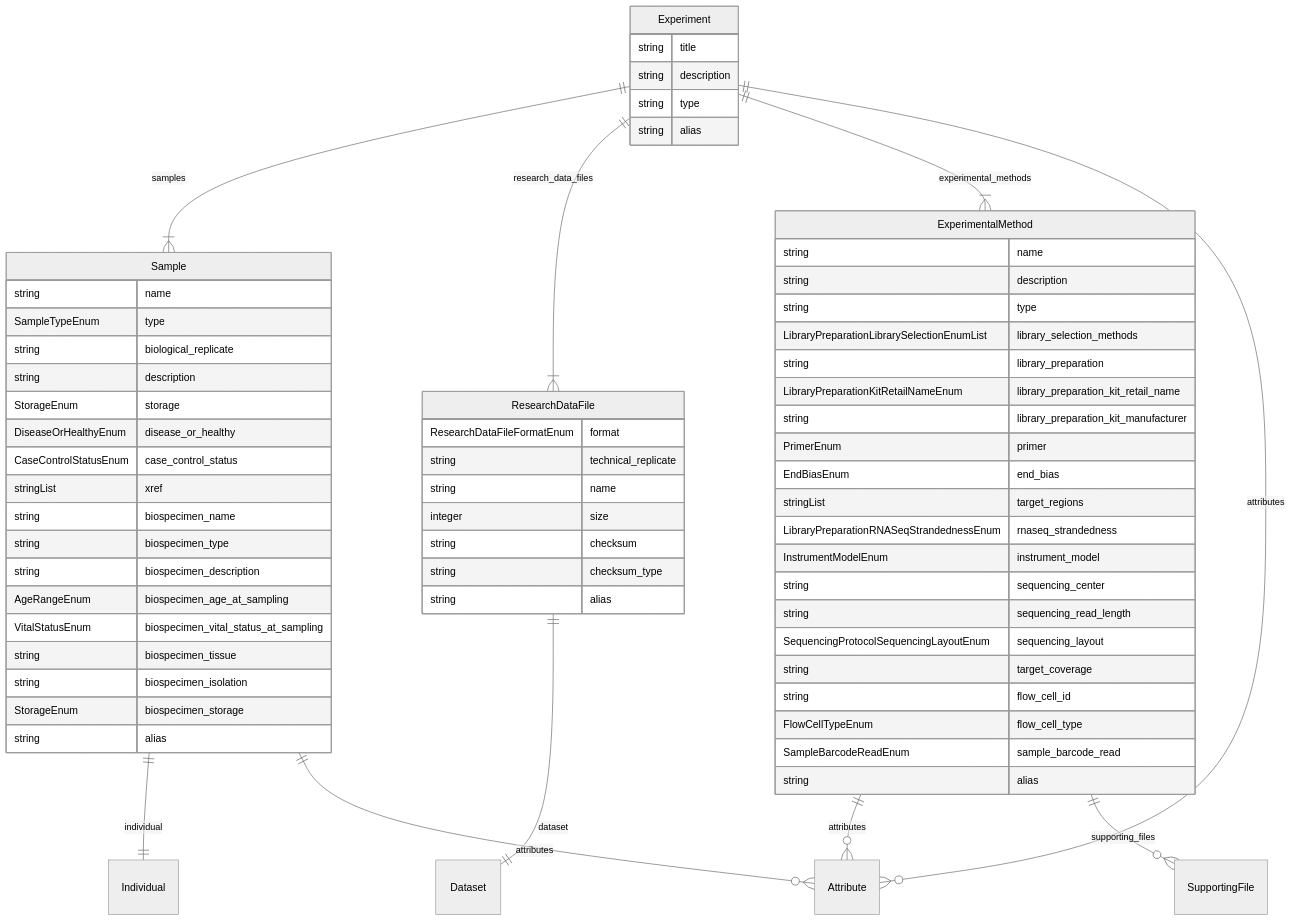
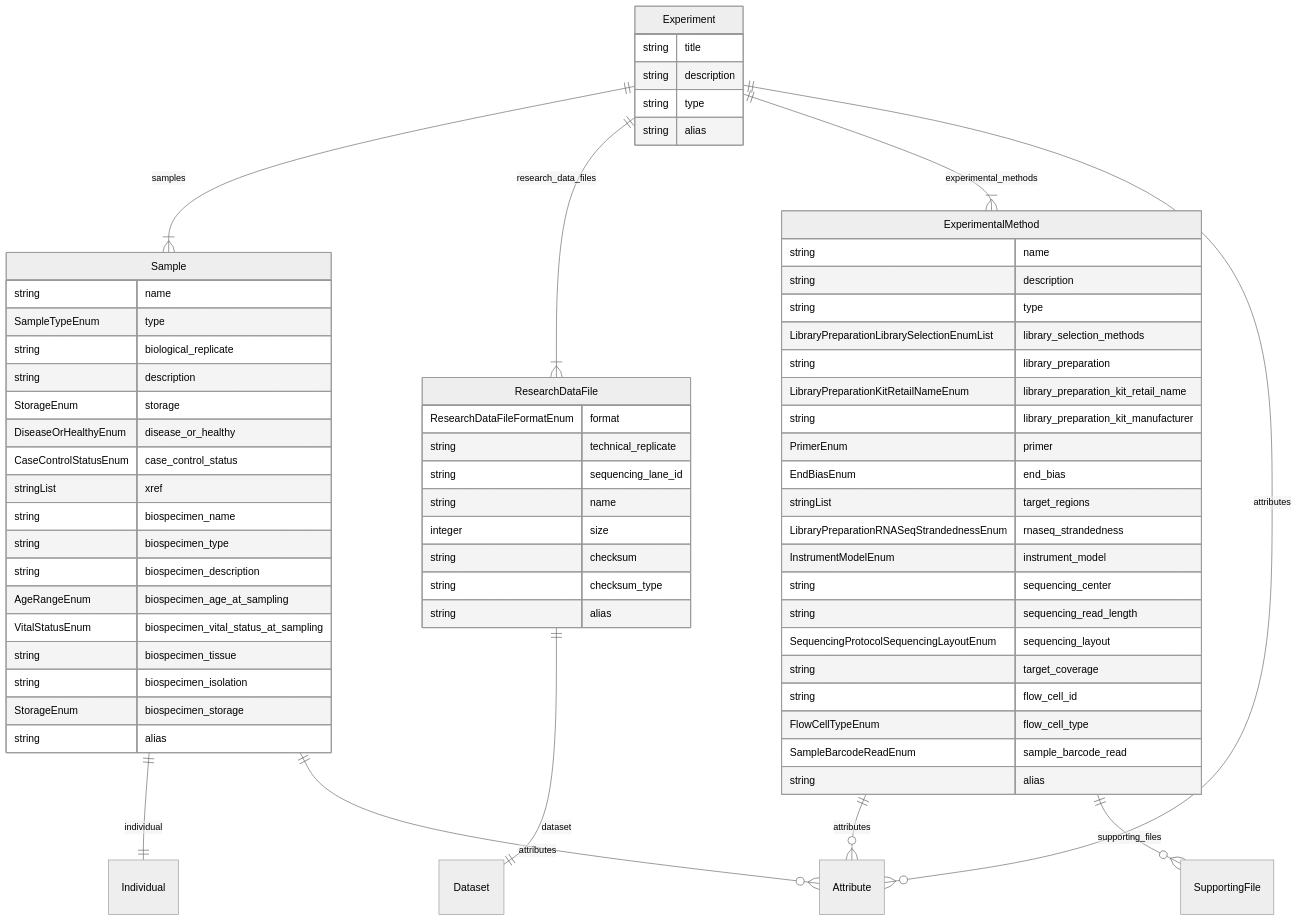
One commit to ghga-de/ghga-metadata-schema changed the fifth of 5 diagrams in docs/entity_relations.md. Above: the diagram before and after it, drawn with Mermaid (neutral theme). The commit also changed 2 other files, not shown here.

Commit message:
fixed missing sequencing_lane_id slot

````diff
--- a/docs/entity_relations.md
+++ b/docs/entity_relations.md
@@ -196,70 +196,71 @@
 ```mermaid
 erDiagram
 ExperimentalMethod {
     string name  
     string description  
     string type  
     LibraryPreparationLibrarySelectionEnumList library_selection_methods  
     string library_preparation  
     LibraryPreparationKitRetailNameEnum library_preparation_kit_retail_name  
     string library_preparation_kit_manufacturer  
     PrimerEnum primer  
     EndBiasEnum end_bias  
     stringList target_regions  
     LibraryPreparationRNASeqStrandednessEnum rnaseq_strandedness  
     InstrumentModelEnum instrument_model  
     string sequencing_center  
     string sequencing_read_length  
     SequencingProtocolSequencingLayoutEnum sequencing_layout  
     string target_coverage  
     string flow_cell_id  
     FlowCellTypeEnum flow_cell_type  
     SampleBarcodeReadEnum sample_barcode_read  
     string alias  
 }
 ResearchDataFile {
     ResearchDataFileFormatEnum format  
     string technical_replicate  
+    string sequencing_lane_id  
     string name  
     integer size  
     string checksum  
     string checksum_type  
     string alias  
 }
 Sample {
     string name  
     SampleTypeEnum type  
     string biological_replicate  
     string description  
     StorageEnum storage  
     DiseaseOrHealthyEnum disease_or_healthy  
     CaseControlStatusEnum case_control_status  
     stringList xref  
     string biospecimen_name  
     string biospecimen_type  
     string biospecimen_description  
     AgeRangeEnum biospecimen_age_at_sampling  
     VitalStatusEnum biospecimen_vital_status_at_sampling  
     string biospecimen_tissue  
     string biospecimen_isolation  
     StorageEnum biospecimen_storage  
     string alias  
 }
 Experiment {
     string title  
     string description  
     string type  
     string alias  
 }
 
 ExperimentalMethod ||--}o Attribute : "attributes"
 ExperimentalMethod ||--}o SupportingFile : "supporting_files"
 ResearchDataFile ||--|| Dataset : "dataset"
 Sample ||--|| Individual : "individual"
 Sample ||--}o Attribute : "attributes"
 Experiment ||--}| Sample : "samples"
 Experiment ||--}| ResearchDataFile : "research_data_files"
 Experiment ||--}| ExperimentalMethod : "experimental_methods"
 Experiment ||--}o Attribute : "attributes"
 
 ```
````
